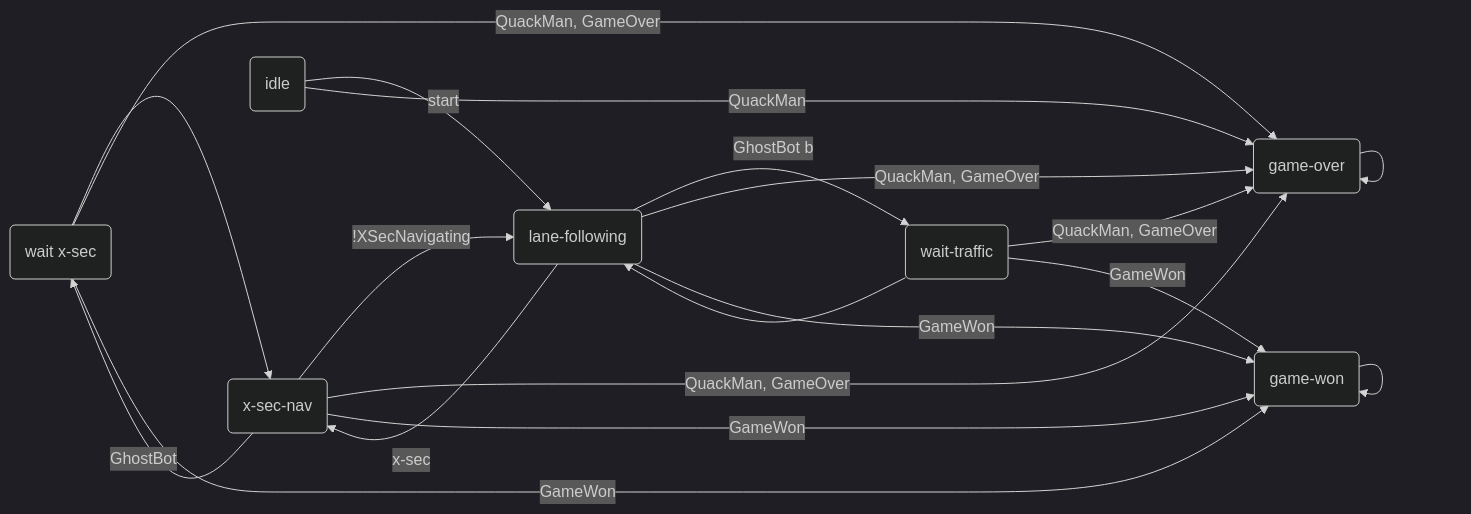
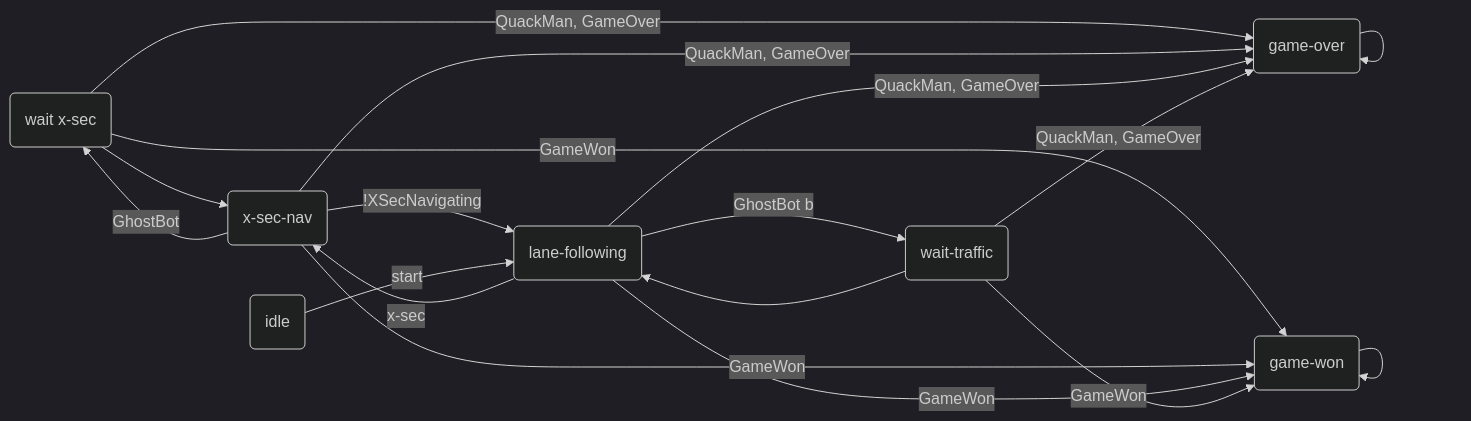
One commit to Duckietown-QuackMan/state_controller changed the first of 2 diagrams in README.md. Above: the diagram before and after it, drawn with Mermaid (dark theme).

Commit message:
Remove idle game-over transition

````diff
--- a/README.md
+++ b/README.md
@@ -11,26 +11,25 @@
 ```mermaid
 graph LR;
 wx(wait x-sec)
 xn(x-sec-nav)
 lf(lane-following)
 go(game-over)
 gw(game-won)
 i(idle)
 wt(wait-traffic)
 lf -- "GhostBot b" --> wt --> lf
 lf -- x-sec --> xn
 xn -- "GhostBot" --> wx --> xn
 xn -- !XSecNavigating --> lf
 i -- start --> lf
 wx -- QuackMan, GameOver --> go
 xn -- QuackMan, GameOver --> go
-i -- QuackMan --> go
 lf -- QuackMan, GameOver --> go
 wt -- QuackMan, GameOver --> go
 go --> go
 wx -- GameWon --> gw
 xn -- GameWon --> gw
 lf -- GameWon --> gw
 wt -- GameWon --> gw
 gw --> gw
 ```
````
